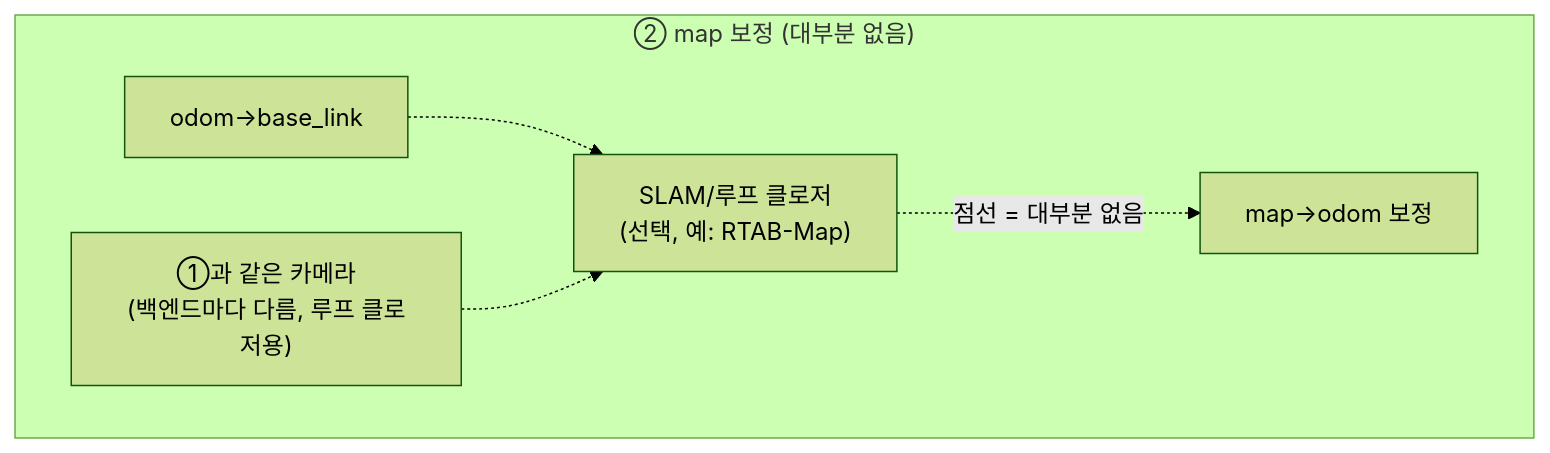
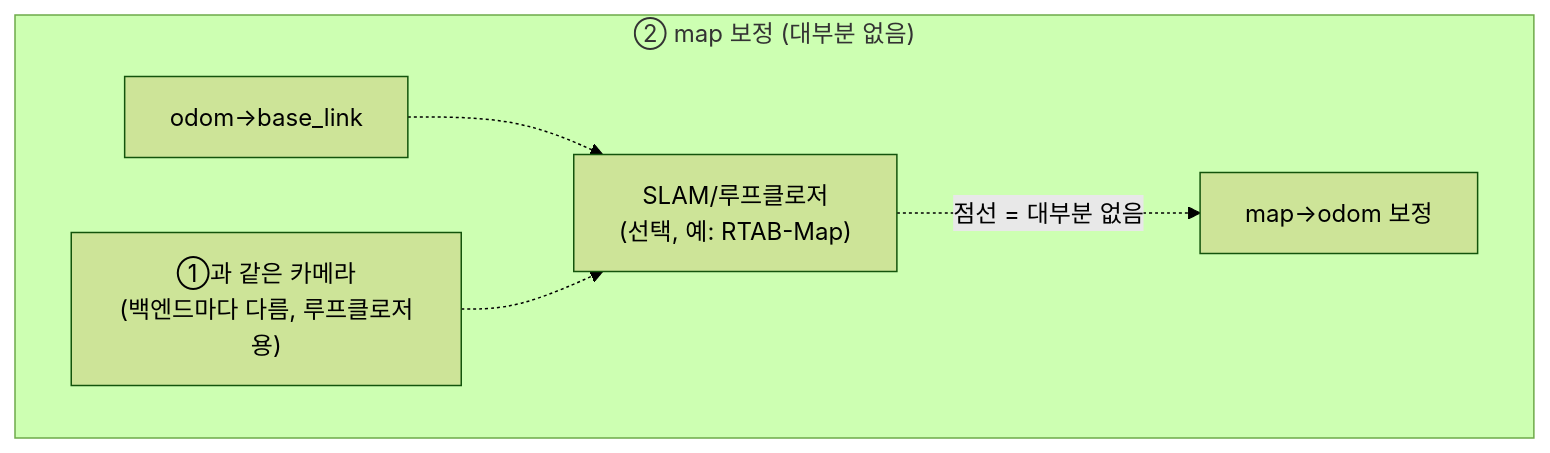
The seventh of 8 diagrams in 5_드론 적용/00_지상로봇과_드론은_무엇이_다른가.md (codebaragi23/ROS2-doc), drawn with Mermaid (forest theme) before and after one commit. The commit also changed other lines of this file and 18 other files, not shown here.

````diff
--- a/5_드론 적용/00_지상로봇과_드론은_무엇이_다른가.md
+++ b/5_드론 적용/00_지상로봇과_드론은_무엇이_다른가.md
@@ -138,10 +138,10 @@
 ```mermaid
 flowchart TB
     subgraph AIR2["② map 보정 (대부분 없음)"]
-        AODOM2["odom→base_link"] -.-> AMAP["SLAM/루프 클로저
+        AODOM2["odom→base_link"] -.-> AMAP["SLAM/루프클로저
 (선택, 예: RTAB-Map)"]
         AS2["①과 같은 카메라
-(백엔드마다 다름, 루프 클로저용)"] -.-> AMAP
+(백엔드마다 다름, 루프클로저용)"] -.-> AMAP
         AMAP -.점선 = 대부분 없음.-> AMAPODOM[map→odom 보정]
     end
 ```
````
